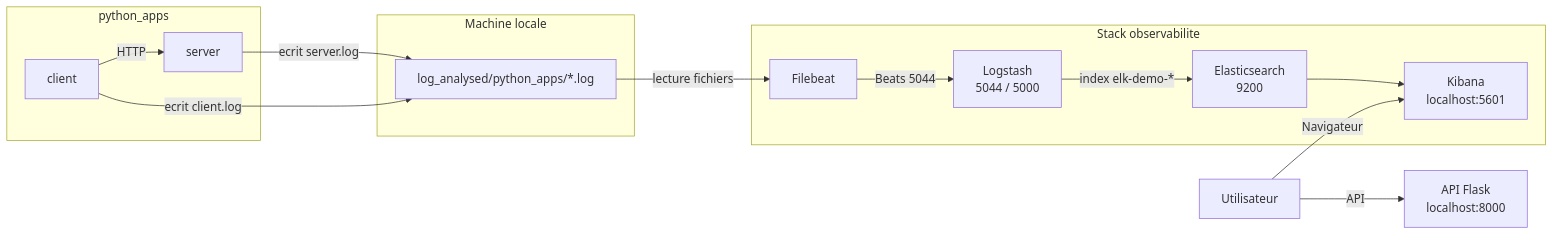
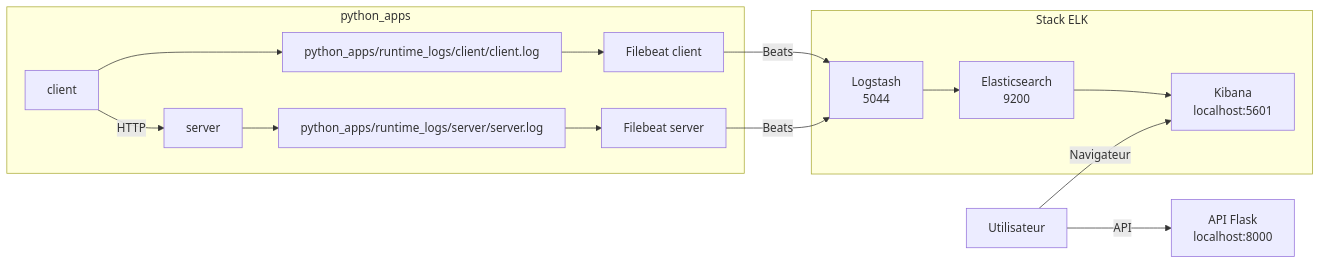
The diagram in README.md (RobinThiriet/ELK), drawn with Mermaid before and after one commit. The commit also changed other lines of this file and 6 other files, not shown here.

Commit message:
Add per-service Filebeat architecture

````diff
--- a/README.md
+++ b/README.md
@@ -18,29 +21,31 @@
 ```mermaid
 flowchart LR
     U[Utilisateur] -->|API| API[API Flask<br/>localhost:8000]
     U -->|Navigateur| K[Kibana<br/>localhost:5601]
 
-    subgraph PY[python_apps]
+    subgraph APPS[python_apps]
         S[server]
         C[client]
+        SL[python_apps/runtime_logs/server/server.log]
+        CL[python_apps/runtime_logs/client/client.log]
+        FBS[Filebeat server]
+        FBC[Filebeat client]
+
+        S --> SL
+        C --> CL
+        SL --> FBS
+        CL --> FBC
     end
 
-    subgraph HOST[Machine locale]
-        LOGS[log_analysed/python_apps/*.log]
-    end
-
-    subgraph ELK[Stack observabilite]
-        FB[Filebeat]
-        L[Logstash<br/>5044 / 5000]
+    subgraph ELK[Stack ELK]
+        L[Logstash<br/>5044]
         E[Elasticsearch<br/>9200]
         K
     end
 
     C -->|HTTP| S
-    S -->|ecrit server.log| LOGS
-    C -->|ecrit client.log| LOGS
-    LOGS -->|lecture fichiers| FB
-    FB -->|Beats 5044| L
-    L -->|index elk-demo-*| E
+    FBS -->|Beats| L
+    FBC -->|Beats| L
+    L --> E
     E --> K
 ```
````
